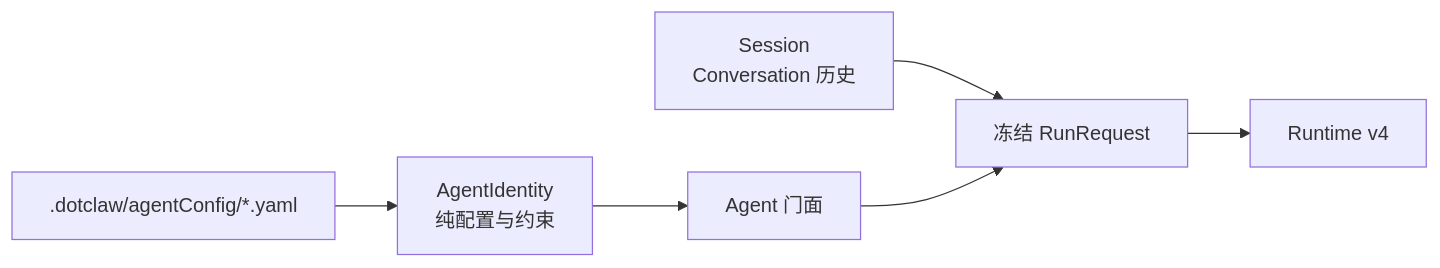
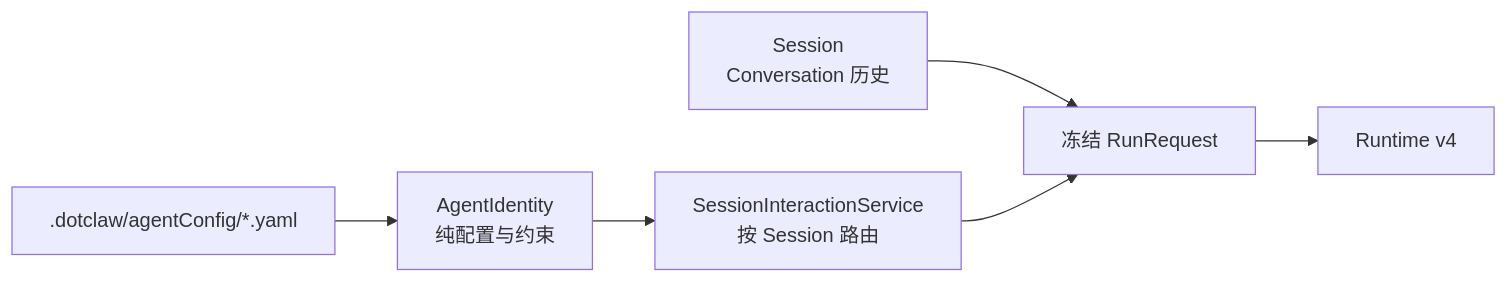
The second of 7 diagrams in README.md (aandbcct/dotClaw), drawn with Mermaid before and after one commit. The commit also changed other lines of this file and 12 other files, not shown here.

First line of the commit message:
fix(agent): 移除运行时 Agent 门面，入口直接绑定 Identity 提交

````diff
--- a/README.md
+++ b/README.md
@@ -89,8 +89,8 @@
 ```mermaid
 flowchart LR
     YAML[".dotclaw/agentConfig/*.yaml"] --> Identity["AgentIdentity\n纯配置与约束"]
-    Identity --> Agent["Agent 门面"]
     Session["Session\nConversation 历史"] --> Request["冻结 RunRequest"]
-    Agent --> Request
+    Identity --> Service["SessionInteractionService\n按 Session 路由"]
+    Service --> Request
     Request --> Runtime["Runtime v4"]
 ```
````
